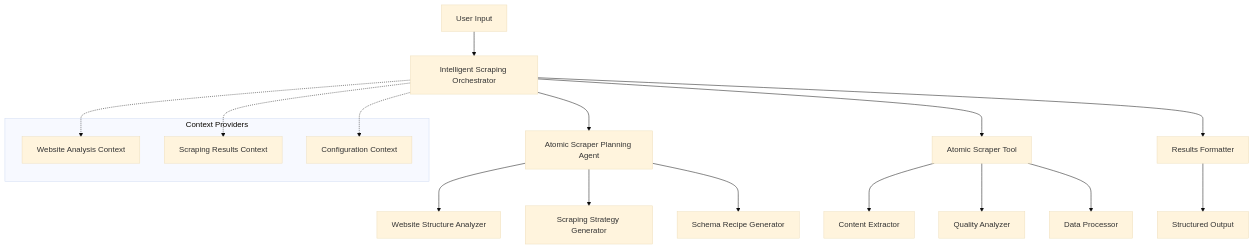
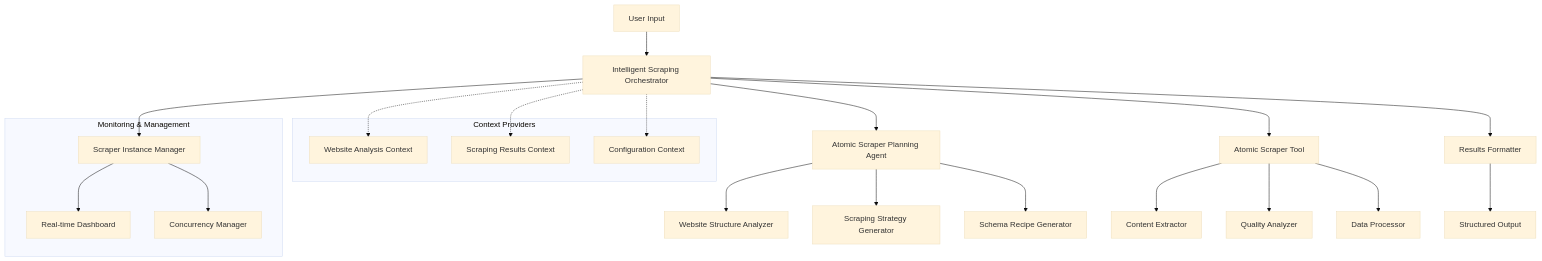
Before and after one commit to ubuntupunk/intelligent-web-scraper: the first of 2 diagrams in README.md, drawn with Mermaid (base theme). The commit also changed other lines of this file and 13 other files, not shown here.

````diff
--- a/README.md
+++ b/README.md
@@ -18,27 +32,36 @@
 ```mermaid
 graph TB
     User[User Input] --> Orchestrator[Intelligent Scraping Orchestrator]
     Orchestrator --> PlanningAgent[Atomic Scraper Planning Agent]
     Orchestrator --> ScraperTool[Atomic Scraper Tool]
     
     PlanningAgent --> WebsiteAnalyzer[Website Structure Analyzer]
     PlanningAgent --> StrategyGenerator[Scraping Strategy Generator]
     PlanningAgent --> SchemaGenerator[Schema Recipe Generator]
     
     ScraperTool --> ContentExtractor[Content Extractor]
     ScraperTool --> QualityAnalyzer[Quality Analyzer]
     ScraperTool --> DataProcessor[Data Processor]
     
     Orchestrator --> ResultsFormatter[Results Formatter]
     ResultsFormatter --> Output[Structured Output]
     
     subgraph "Context Providers"
         WebsiteContext[Website Analysis Context]
         ScrapingContext[Scraping Results Context]
         ConfigContext[Configuration Context]
     end
     
+    subgraph "Monitoring & Management"
+        InstanceManager[Scraper Instance Manager]
+        MonitoringDashboard[Real-time Dashboard]
+        ConcurrencyManager[Concurrency Manager]
+    end
+    
     Orchestrator -.-> WebsiteContext
     Orchestrator -.-> ScrapingContext
     Orchestrator -.-> ConfigContext
+    Orchestrator --> InstanceManager
+    InstanceManager --> MonitoringDashboard
+    InstanceManager --> ConcurrencyManager
 ```
````
